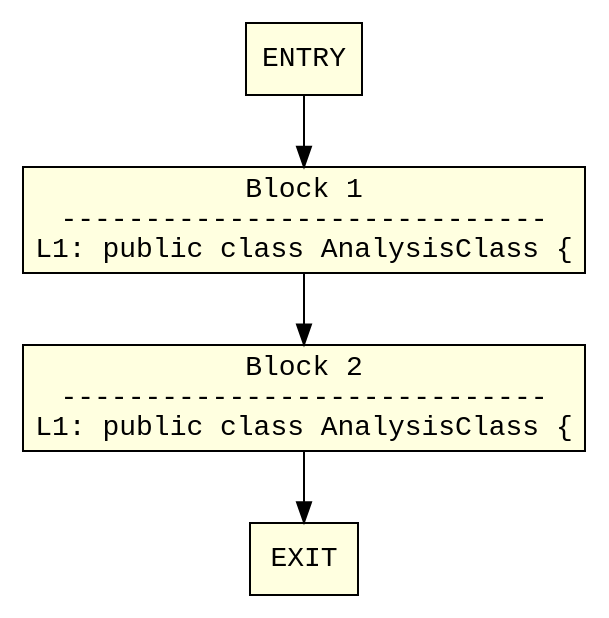
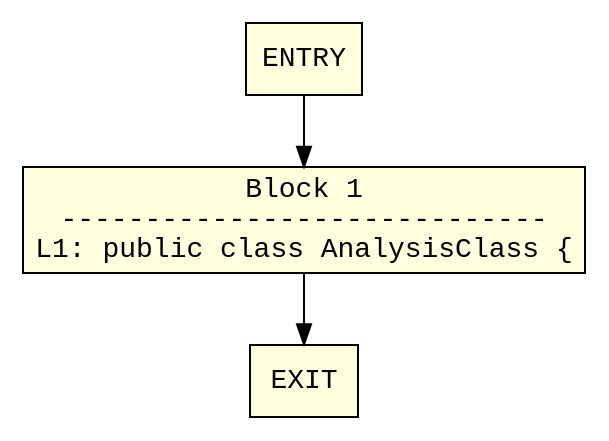
The diagram in phase_04/export/cfg_javacode_init.dot (punsnx/coop-internship-2026), drawn with Graphviz before and after one commit. The commit also changed 10 other files, not shown here.

```diff
--- a/phase_04/export/cfg_javacode_init.dot
+++ b/phase_04/export/cfg_javacode_init.dot
@@ -1,10 +1,8 @@
 digraph Mapped_JavaCode_CFG {
   node [shape=box, style=filled, fillcolor=lightyellow, fontname="Courier"];
   0 [label="ENTRY"];
   1 [label="Block 1\n-----------------------------\nL1: public class AnalysisClass {"];
-  2 [label="Block 2\n-----------------------------\nL1: public class AnalysisClass {"];
   3 [label="EXIT"];
   0 -> 1;
-  1 -> 2;
-  2 -> 3;
+  1 -> 3;
 }
```
